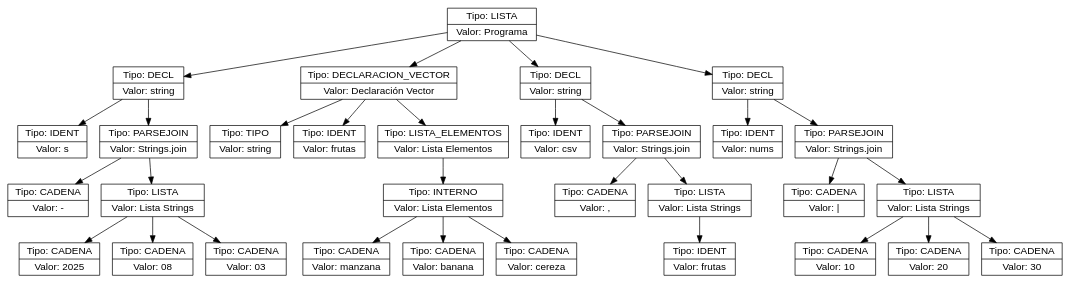
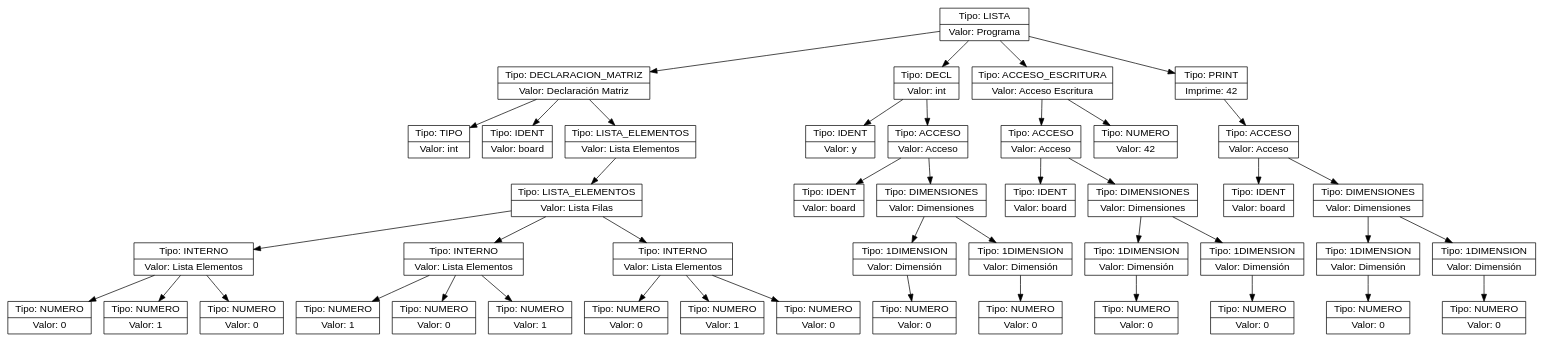
Before and after one commit to Farot30/OLC2_2s2025_202307820: the diagram in ast.dot, drawn with Graphviz. The commit also changed 29 other files, not shown here.

```diff
--- a/ast.dot
+++ b/ast.dot
@@ -1,64 +1,90 @@
 digraph AST {
   node [shape=record,fontname="Helvetica"];
-  n0x62207e2de430 [label="{Tipo: LISTA|Valor: Programa}"];
-  n0x62207e2de430 -> n0x62207e2b3ca0;
-  n0x62207e2b3ca0 [label="{Tipo: DECL|Valor: string}"];
-  n0x62207e2b3ca0 -> n0x62207e3e42e0;
-  n0x62207e3e42e0 [label="{Tipo: IDENT|Valor: s}"];
-  n0x62207e2b3ca0 -> n0x62207e53f350;
-  n0x62207e53f350 [label="{Tipo: PARSEJOIN|Valor: Strings.join}"];
-  n0x62207e53f350 -> n0x62207e4d4ed0;
-  n0x62207e4d4ed0 [label="{Tipo: CADENA|Valor: -}"];
-  n0x62207e53f350 -> n0x62207e4fa8f0;
-  n0x62207e4fa8f0 [label="{Tipo: LISTA|Valor: Lista Strings}"];
-  n0x62207e4fa8f0 -> n0x62207e5089c0;
-  n0x62207e5089c0 [label="{Tipo: CADENA|Valor: 2025}"];
-  n0x62207e4fa8f0 -> n0x62207e667440;
-  n0x62207e667440 [label="{Tipo: CADENA|Valor: 08}"];
-  n0x62207e4fa8f0 -> n0x62207e29fc10;
-  n0x62207e29fc10 [label="{Tipo: CADENA|Valor: 03}"];
-  n0x62207e2de430 -> n0x62207e54cdb0;
-  n0x62207e54cdb0 [label="{Tipo: DECLARACION_VECTOR|Valor: Declaración Vector}"];
-  n0x62207e54cdb0 -> n0x62207e5489d0;
-  n0x62207e5489d0 [label="{Tipo: TIPO|Valor: string}"];
-  n0x62207e54cdb0 -> n0x62207e54dfb0;
-  n0x62207e54dfb0 [label="{Tipo: IDENT|Valor: frutas}"];
-  n0x62207e54cdb0 -> n0x62207e53ddb0;
-  n0x62207e53ddb0 [label="{Tipo: LISTA_ELEMENTOS|Valor: Lista Elementos}"];
-  n0x62207e53ddb0 -> n0x62207e535330;
-  n0x62207e535330 [label="{Tipo: INTERNO|Valor: Lista Elementos}"];
-  n0x62207e535330 -> n0x62207e2c19b0;
-  n0x62207e2c19b0 [label="{Tipo: CADENA|Valor: manzana}"];
-  n0x62207e535330 -> n0x62207e5dba30;
-  n0x62207e5dba30 [label="{Tipo: CADENA|Valor: banana}"];
-  n0x62207e535330 -> n0x62207e5dbbc0;
-  n0x62207e5dbbc0 [label="{Tipo: CADENA|Valor: cereza}"];
-  n0x62207e2de430 -> n0x62207e67ef80;
-  n0x62207e67ef80 [label="{Tipo: DECL|Valor: string}"];
-  n0x62207e67ef80 -> n0x62207e47db20;
-  n0x62207e47db20 [label="{Tipo: IDENT|Valor: csv}"];
-  n0x62207e67ef80 -> n0x62207e54d0f0;
-  n0x62207e54d0f0 [label="{Tipo: PARSEJOIN|Valor: Strings.join}"];
-  n0x62207e54d0f0 -> n0x62207e2dcd90;
-  n0x62207e2dcd90 [label="{Tipo: CADENA|Valor: ,}"];
-  n0x62207e54d0f0 -> n0x62207e2bb590;
-  n0x62207e2bb590 [label="{Tipo: LISTA|Valor: Lista Strings}"];
-  n0x62207e2bb590 -> n0x62207e549b10;
-  n0x62207e549b10 [label="{Tipo: IDENT|Valor: frutas}"];
-  n0x62207e2de430 -> n0x62207e53eb10;
-  n0x62207e53eb10 [label="{Tipo: DECL|Valor: string}"];
-  n0x62207e53eb10 -> n0x62207e53eb40;
-  n0x62207e53eb40 [label="{Tipo: IDENT|Valor: nums}"];
-  n0x62207e53eb10 -> n0x62207e2d4950;
-  n0x62207e2d4950 [label="{Tipo: PARSEJOIN|Valor: Strings.join}"];
-  n0x62207e2d4950 -> n0x62207e47d1d0;
-  n0x62207e47d1d0 [label="{Tipo: CADENA|Valor:  &#124; }"];
-  n0x62207e2d4950 -> n0x62207e4f0290;
-  n0x62207e4f0290 [label="{Tipo: LISTA|Valor: Lista Strings}"];
-  n0x62207e4f0290 -> n0x62207e420a50;
-  n0x62207e420a50 [label="{Tipo: CADENA|Valor: 10}"];
-  n0x62207e4f0290 -> n0x62207e2d60d0;
-  n0x62207e2d60d0 [label="{Tipo: CADENA|Valor: 20}"];
-  n0x62207e4f0290 -> n0x62207e433b00;
-  n0x62207e433b00 [label="{Tipo: CADENA|Valor: 30}"];
+  n0x5d904962b1d0 [label="{Tipo: LISTA|Valor: Programa}"];
+  n0x5d904962b1d0 -> n0x5d90497da030;
+  n0x5d90497da030 [label="{Tipo: DECLARACION_MATRIZ|Valor: Declaración Matriz}"];
+  n0x5d90497da030 -> n0x5d90497da0d0;
+  n0x5d90497da0d0 [label="{Tipo: TIPO|Valor: int}"];
+  n0x5d90497da030 -> n0x5d90496243a0;
+  n0x5d90496243a0 [label="{Tipo: IDENT|Valor: board}"];
+  n0x5d90497da030 -> n0x5d9049400700;
+  n0x5d9049400700 [label="{Tipo: LISTA_ELEMENTOS|Valor: Lista Elementos}"];
+  n0x5d9049400700 -> n0x5d90497daca0;
+  n0x5d90497daca0 [label="{Tipo: LISTA_ELEMENTOS|Valor: Lista Filas}"];
+  n0x5d90497daca0 -> n0x5d90497d5390;
+  n0x5d90497d5390 [label="{Tipo: INTERNO|Valor: Lista Elementos}"];
+  n0x5d90497d5390 -> n0x5d904941db00;
+  n0x5d904941db00 [label="{Tipo: NUMERO|Valor: 0}"];
+  n0x5d90497d5390 -> n0x5d90497d9590;
+  n0x5d90497d9590 [label="{Tipo: NUMERO|Valor: 1}"];
+  n0x5d90497d5390 -> n0x5d90493e5740;
+  n0x5d90493e5740 [label="{Tipo: NUMERO|Valor: 0}"];
+  n0x5d90497daca0 -> n0x5d904969f4c0;
+  n0x5d904969f4c0 [label="{Tipo: INTERNO|Valor: Lista Elementos}"];
+  n0x5d904969f4c0 -> n0x5d90494023f0;
+  n0x5d90494023f0 [label="{Tipo: NUMERO|Valor: 1}"];
+  n0x5d904969f4c0 -> n0x5d90497c08a0;
+  n0x5d90497c08a0 [label="{Tipo: NUMERO|Valor: 0}"];
+  n0x5d904969f4c0 -> n0x5d9049762f50;
+  n0x5d9049762f50 [label="{Tipo: NUMERO|Valor: 1}"];
+  n0x5d90497daca0 -> n0x5d90497d43f0;
+  n0x5d90497d43f0 [label="{Tipo: INTERNO|Valor: Lista Elementos}"];
+  n0x5d90497d43f0 -> n0x5d90496999a0;
+  n0x5d90496999a0 [label="{Tipo: NUMERO|Valor: 0}"];
+  n0x5d90497d43f0 -> n0x5d90497d95e0;
+  n0x5d90497d95e0 [label="{Tipo: NUMERO|Valor: 1}"];
+  n0x5d90497d43f0 -> n0x5d904969f3a0;
+  n0x5d904969f3a0 [label="{Tipo: NUMERO|Valor: 0}"];
+  n0x5d904962b1d0 -> n0x5d9049683a20;
+  n0x5d9049683a20 [label="{Tipo: DECL|Valor: int}"];
+  n0x5d9049683a20 -> n0x5d90495a6670;
+  n0x5d90495a6670 [label="{Tipo: IDENT|Valor: y}"];
+  n0x5d9049683a20 -> n0x5d90497d6100;
+  n0x5d90497d6100 [label="{Tipo: ACCESO|Valor: Acceso}"];
+  n0x5d90497d6100 -> n0x5d9049713da0;
+  n0x5d9049713da0 [label="{Tipo: IDENT|Valor: board}"];
+  n0x5d90497d6100 -> n0x5d90493c2e80;
+  n0x5d90493c2e80 [label="{Tipo: DIMENSIONES|Valor: Dimensiones}"];
+  n0x5d90493c2e80 -> n0x5d90495a93a0;
+  n0x5d90495a93a0 [label="{Tipo: 1DIMENSION|Valor: Dimensión}"];
+  n0x5d90495a93a0 -> n0x5d9049741560;
+  n0x5d9049741560 [label="{Tipo: NUMERO|Valor: 0}"];
+  n0x5d90493c2e80 -> n0x5d90497c1e20;
+  n0x5d90497c1e20 [label="{Tipo: 1DIMENSION|Valor: Dimensión}"];
+  n0x5d90497c1e20 -> n0x5d90497c02b0;
+  n0x5d90497c02b0 [label="{Tipo: NUMERO|Valor: 0}"];
+  n0x5d904962b1d0 -> n0x5d9049432250;
+  n0x5d9049432250 [label="{Tipo: ACCESO_ESCRITURA|Valor: Acceso Escritura}"];
+  n0x5d9049432250 -> n0x5d9049714530;
+  n0x5d9049714530 [label="{Tipo: ACCESO|Valor: Acceso}"];
+  n0x5d9049714530 -> n0x5d90495ca0e0;
+  n0x5d90495ca0e0 [label="{Tipo: IDENT|Valor: board}"];
+  n0x5d9049714530 -> n0x5d9049453890;
+  n0x5d9049453890 [label="{Tipo: DIMENSIONES|Valor: Dimensiones}"];
+  n0x5d9049453890 -> n0x5d90497dad90;
+  n0x5d90497dad90 [label="{Tipo: 1DIMENSION|Valor: Dimensión}"];
+  n0x5d90497dad90 -> n0x5d90497d9a90;
+  n0x5d90497d9a90 [label="{Tipo: NUMERO|Valor: 0}"];
+  n0x5d9049453890 -> n0x5d90493a93a0;
+  n0x5d90493a93a0 [label="{Tipo: 1DIMENSION|Valor: Dimensión}"];
+  n0x5d90493a93a0 -> n0x5d90497d7e90;
+  n0x5d90497d7e90 [label="{Tipo: NUMERO|Valor: 0}"];
+  n0x5d9049432250 -> n0x5d90495e2ce0;
+  n0x5d90495e2ce0 [label="{Tipo: NUMERO|Valor: 42}"];
+  n0x5d904962b1d0 -> n0x5d904973e370;
+  n0x5d904973e370 [label="{Tipo: PRINT|Imprime: 42}"];
+  n0x5d904973e370 -> n0x5d90497d3850;
+  n0x5d90497d3850 [label="{Tipo: ACCESO|Valor: Acceso}"];
+  n0x5d90497d3850 -> n0x5d90497d7440;
+  n0x5d90497d7440 [label="{Tipo: IDENT|Valor: board}"];
+  n0x5d90497d3850 -> n0x5d90496863c0;
+  n0x5d90496863c0 [label="{Tipo: DIMENSIONES|Valor: Dimensiones}"];
+  n0x5d90496863c0 -> n0x5d904974ddb0;
+  n0x5d904974ddb0 [label="{Tipo: 1DIMENSION|Valor: Dimensión}"];
+  n0x5d904974ddb0 -> n0x5d90497d8200;
+  n0x5d90497d8200 [label="{Tipo: NUMERO|Valor: 0}"];
+  n0x5d90496863c0 -> n0x5d90497d9b80;
+  n0x5d90497d9b80 [label="{Tipo: 1DIMENSION|Valor: Dimensión}"];
+  n0x5d90497d9b80 -> n0x5d90497d3cc0;
+  n0x5d90497d3cc0 [label="{Tipo: NUMERO|Valor: 0}"];
 }
```
